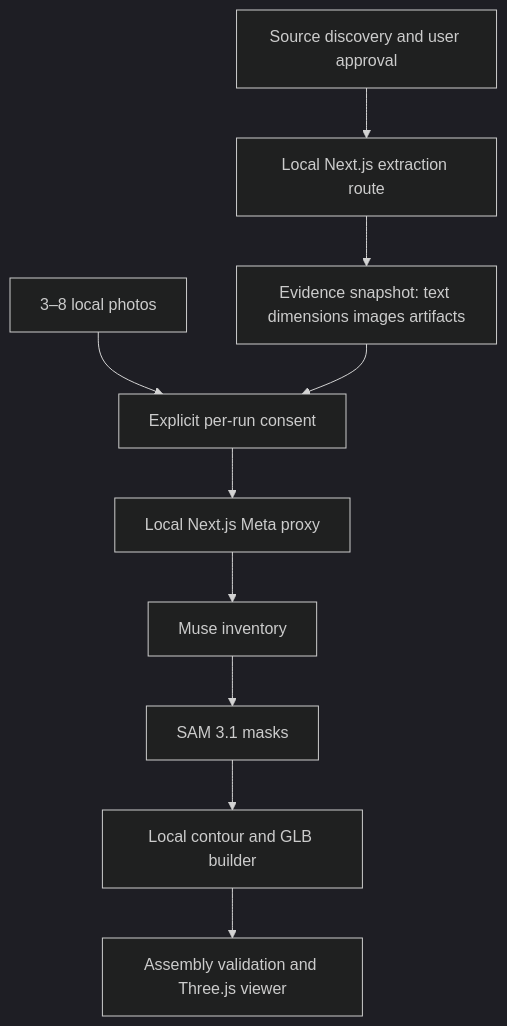
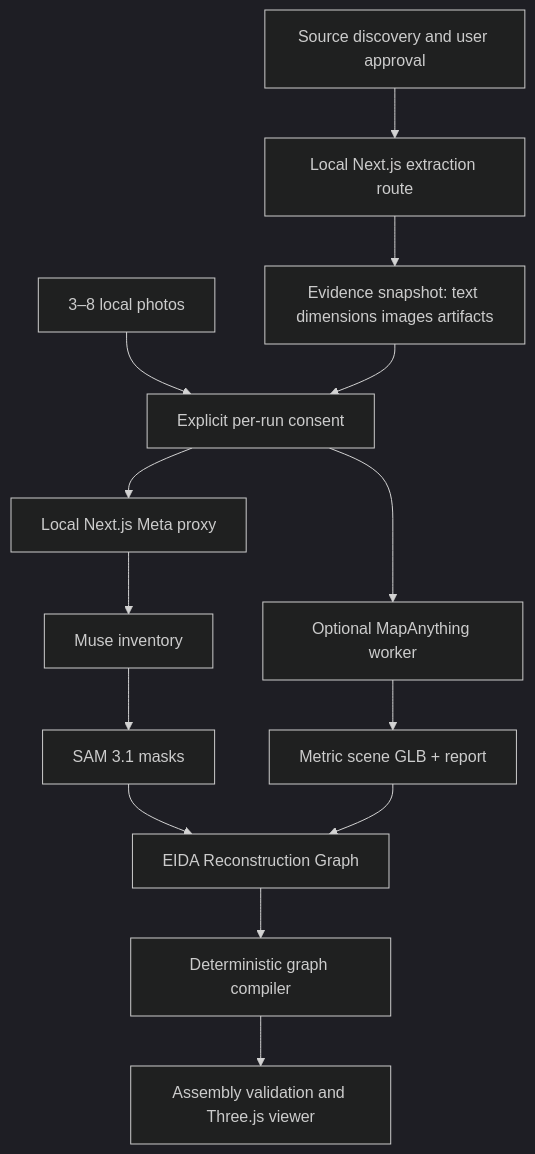
Before and after one commit to Cedric-Martz/EIDA: the diagram in docs/architecture.md, drawn with Mermaid (dark theme). The commit also changed other lines of this file and 48 other files, not shown here.

````diff
--- a/docs/architecture.md
+++ b/docs/architecture.md
@@ -7,12 +7,16 @@
 ```mermaid
 flowchart TD
 A[Source discovery and user approval] --> B[Local Next.js extraction route]
 B --> C[Evidence snapshot: text dimensions images artifacts]
 D[3–8 local photos] --> E[Explicit per-run consent]
 C --> E
 E --> F[Local Next.js Meta proxy]
 F --> G[Muse inventory]
 G --> H[SAM 3.1 masks]
-H --> I[Local contour and GLB builder]
-I --> J[Assembly validation and Three.js viewer]
+E --> M[Optional MapAnything worker]
+M --> N[Metric scene GLB + report]
+H --> I[EIDA Reconstruction Graph]
+N --> I
+I --> J[Deterministic graph compiler]
+J --> K[Assembly validation and Three.js viewer]
 ```
````
